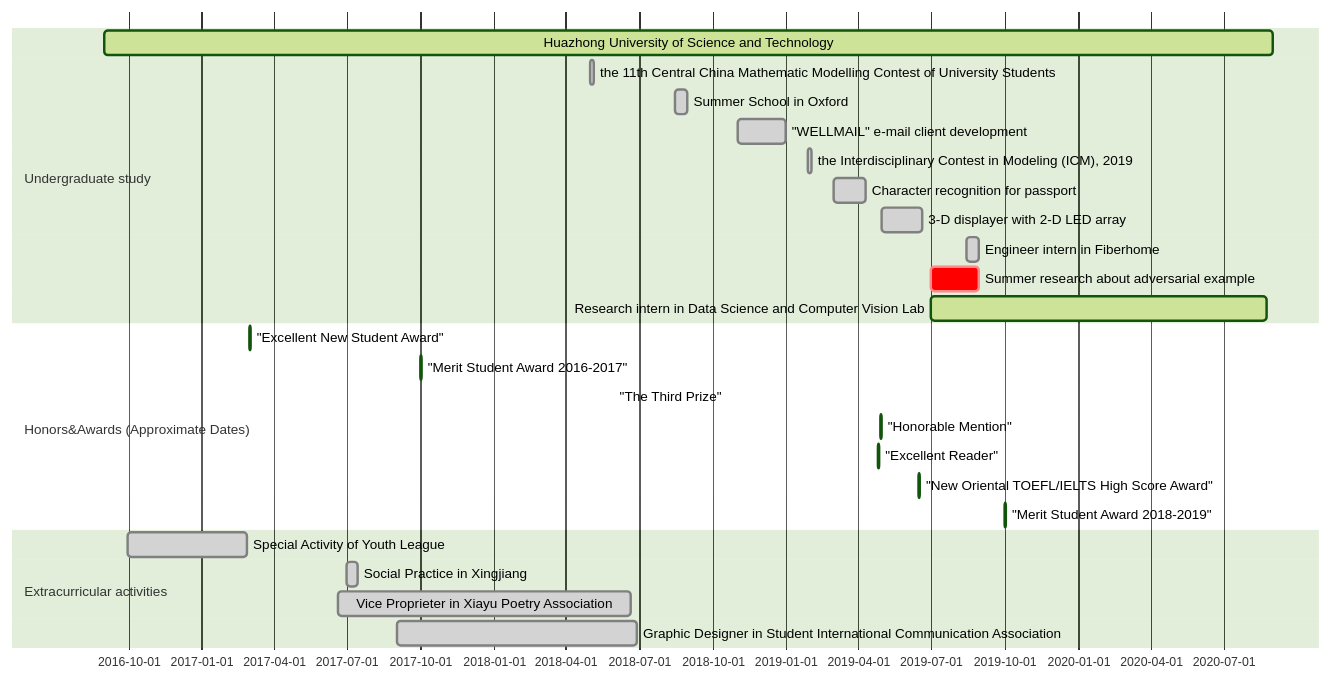
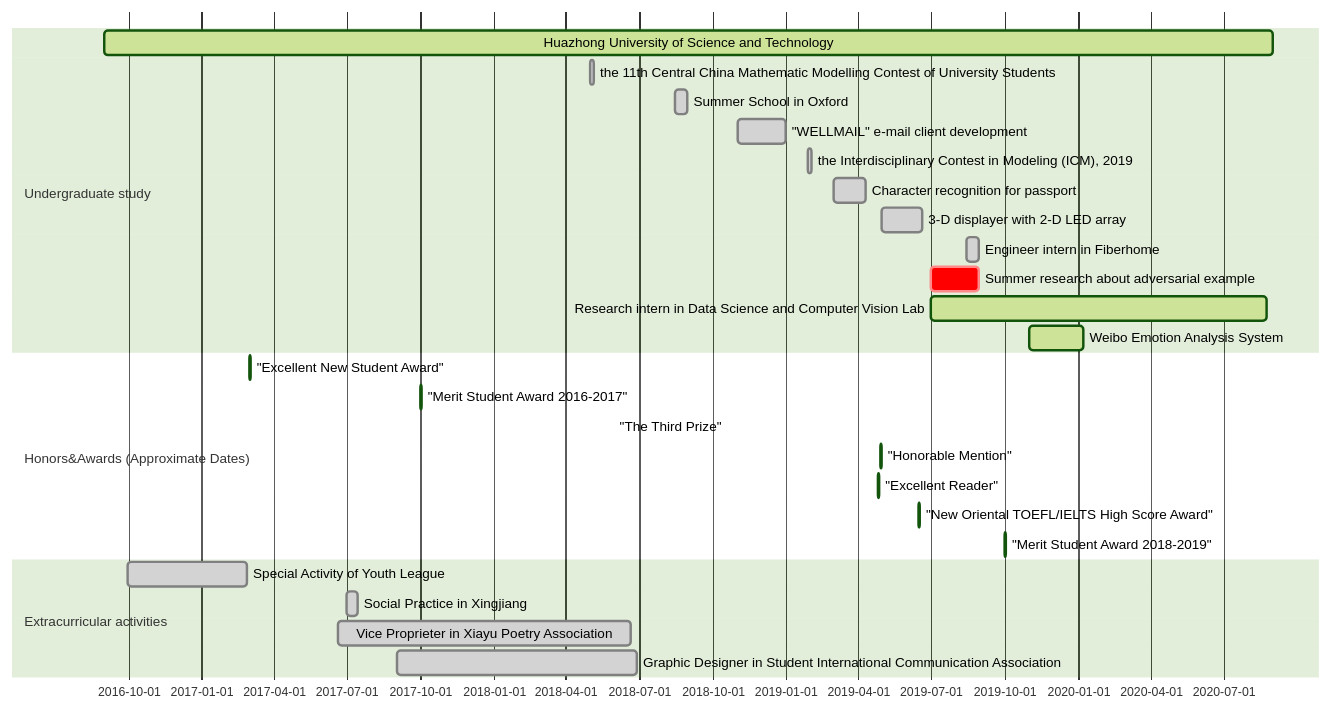
One commit to Greenere/Greenere.github.io changed the diagram in timeline.md. Above: the diagram before and after it, drawn with Mermaid (forest theme). The commit also changed other lines of this file and 1 other file, not shown here.

Commit message:
Timeline update

````diff
--- a/timeline.md
+++ b/timeline.md
@@ -5,29 +5,30 @@
 ```mermaid
 gantt
 section Undergraduate study
 Huazhong University of Science and Technology :active,u1, 2016-09-01,1460d
 the 11th Central China Mathematic Modelling Contest of University Students:done, u2,2018-05-01,4d
 Summer School in Oxford:done, u3,2018-08-15,15d
 "WELLMAIL" e-mail client development:done, u4,2018-11,60d
 the Interdisciplinary Contest in Modeling (ICM), 2019:done,u5,2019-01-28,4d
 Character recognition for passport:done, u6,2019-03,40d
 3-D displayer with 2-D LED array:done,u7,2019-05,50d
 Engineer intern in Fiberhome: done,u9,2019-08-15,15d
 Summer research about adversarial example:crit,u8,2019-07,60d
 Research intern in Data Science and Computer Vision Lab: active,u10,2019-07,420d
+Weibo Emotion Analysis System: active,u11,2019-11,67d
 
 section Honors&Awards (Approximate Dates)
 "Excellent New Student Award": h1,2017-03,2d
 "Merit Student Award 2016-2017":h2,2017-10,2d
 "The Third Prize":h3,2018-05-30,2d after u2
 "Honorable Mention": h4,2019-04-29,2d
 "Excellent Reader": h5,2019-04-25,2d
 "New Oriental TOEFL/IELTS High Score Award":h6,2019-06-15,2d
 "Merit Student Award 2018-2019":h7,2019-10,2d
 
 section Extracurricular activities
 Special Activity of Youth League :done, e1,2016-09-30,150d
 Social Practice in Xingjiang:done, e2,2017-06-30,15d
 Vice Proprieter in Xiayu Poetry Association:done, e3,2017-06-20,365d
 Graphic Designer in Student International Communication Association:done,e4,2017-09,300d
 ```
````
